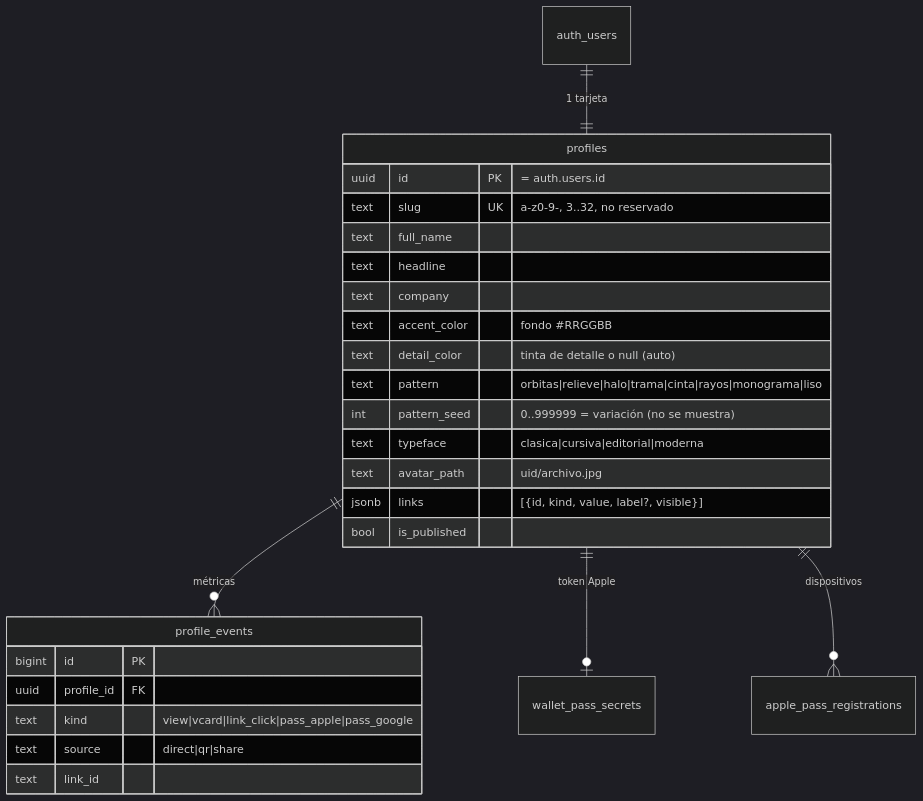
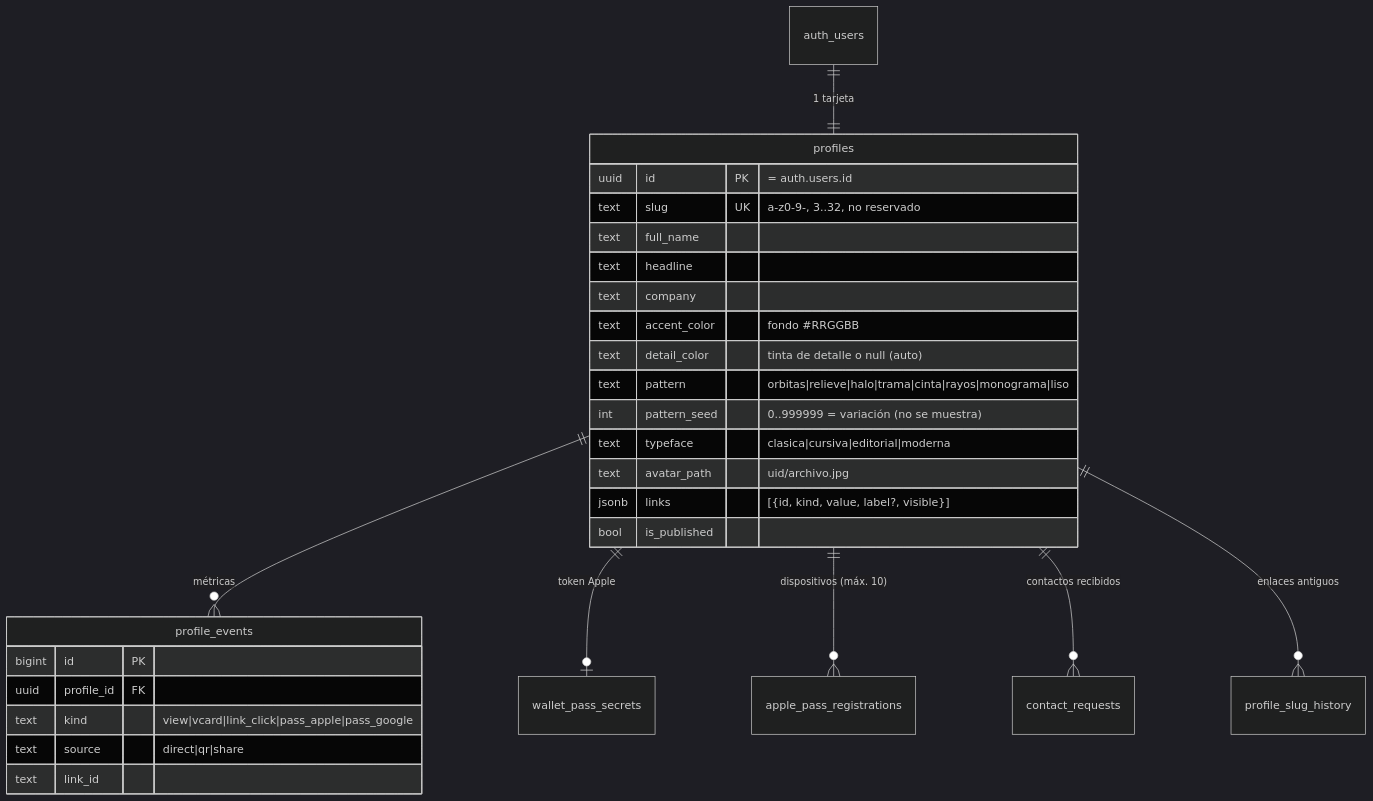
The second of 4 diagrams in docs/ARCHITECTURE.md (diegomolinacatala/PassMe), drawn with Mermaid (dark theme) before and after one commit. The commit also changed other lines of this file and 4 other files, not shown here.

````diff
--- a/docs/ARCHITECTURE.md
+++ b/docs/ARCHITECTURE.md
@@ -36,30 +38,32 @@
 ```mermaid
 erDiagram
     auth_users ||--|| profiles : "1 tarjeta"
     profiles ||--o{ profile_events : "métricas"
     profiles ||--o| wallet_pass_secrets : "token Apple"
-    profiles ||--o{ apple_pass_registrations : "dispositivos"
+    profiles ||--o{ apple_pass_registrations : "dispositivos (máx. 10)"
+    profiles ||--o{ contact_requests : "contactos recibidos"
+    profiles ||--o{ profile_slug_history : "enlaces antiguos"
 
     profiles {
         uuid id PK "= auth.users.id"
         text slug UK "a-z0-9-, 3..32, no reservado"
         text full_name
         text headline
         text company
         text accent_color "fondo #RRGGBB"
         text detail_color "tinta de detalle o null (auto)"
         text pattern "orbitas|relieve|halo|trama|cinta|rayos|monograma|liso"
         int pattern_seed "0..999999 = variación (no se muestra)"
         text typeface "clasica|cursiva|editorial|moderna"
         text avatar_path "uid/archivo.jpg"
         jsonb links "[{id, kind, value, label?, visible}]"
         bool is_published
     }
     profile_events {
         bigint id PK
         uuid profile_id FK
         text kind "view|vcard|link_click|pass_apple|pass_google"
         text source "direct|qr|share"
         text link_id
     }
 ```
````
